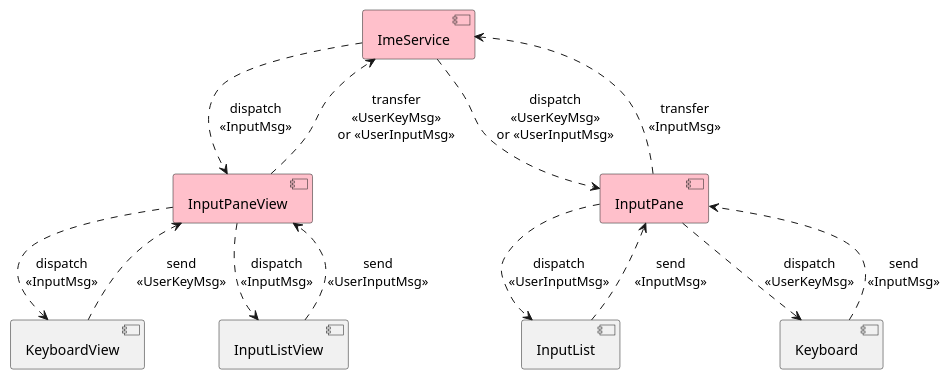
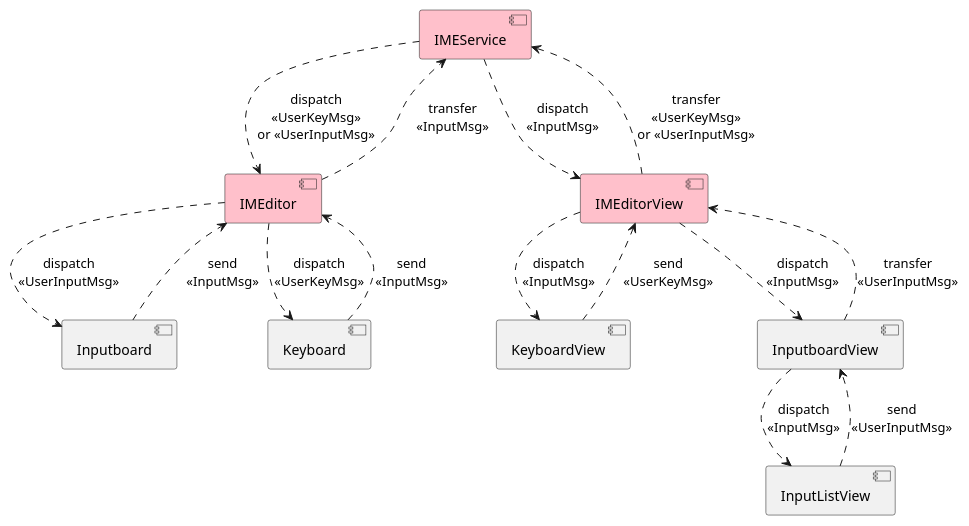
The second of 2 diagrams in README.md (crazydan-studio/kuaizi-ime-android), drawn with PlantUML before and after one commit. The commit also changed other lines of this file and 3 other files, not shown here.

````diff
--- a/README.md
+++ b/README.md
@@ -113,28 +137,34 @@
 ```plantuml
 @startuml
-component [ImeService] as ime_svc #pink
+component [IMEService] as ime_svc #pink
 
-component [InputPaneView] as input_pane_view #pink
+component [IMEditor] as ime_editor #pink
+component [Inputboard] as inputboard
+component [Keyboard] as keyboard
+
+component [IMEditorView] as ime_editor_view #pink
 component [KeyboardView] as keyboard_view
+component [InputboardView] as inputboard_view
 component [InputListView] as input_list_view
 
-component [InputPane] as input_pane #pink
-component [InputList] as input_list
-component [Keyboard] as keyboard
+input_list_view ..> inputboard_view: send\n<<UserInputMsg>>
+inputboard_view ..> ime_editor_view: transfer\n<<UserInputMsg>>
+keyboard_view ..> ime_editor_view: send\n<<UserKeyMsg>>
+ime_editor_view ..> ime_svc: transfer\n<<UserKeyMsg>>\nor <<UserInputMsg>>
 
-keyboard_view ..> input_pane_view: send\n<<UserKeyMsg>>
-input_list_view ..> input_pane_view: send\n<<UserInputMsg>>
-input_pane_view ..> ime_svc: transfer\n<<UserKeyMsg>>\nor <<UserInputMsg>>
-ime_svc ..> input_pane: dispatch\n<<UserKeyMsg>>\nor <<UserInputMsg>>
-input_pane ..> keyboard: dispatch\n<<UserKeyMsg>>
-input_pane ..> input_list: dispatch\n<<UserInputMsg>>
+ime_svc ..> ime_editor: dispatch\n<<UserKeyMsg>>\nor <<UserInputMsg>>
+ime_editor ..> keyboard: dispatch\n<<UserKeyMsg>>
+ime_editor ..> inputboard: dispatch\n<<UserInputMsg>>
 
-keyboard ..> input_pane: send\n<<InputMsg>>
-input_list ..> input_pane: send\n<<InputMsg>>
-input_pane ..> ime_svc: transfer\n<<InputMsg>>
-ime_svc ..> input_pane_view: dispatch\n<<InputMsg>>
-input_pane_view ..> keyboard_view: dispatch\n<<InputMsg>>
-input_pane_view ..> input_list_view: dispatch\n<<InputMsg>>
+
+keyboard ..> ime_editor: send\n<<InputMsg>>
+inputboard ..> ime_editor: send\n<<InputMsg>>
+ime_editor ..> ime_svc: transfer\n<<InputMsg>>
+
+ime_svc ..> ime_editor_view: dispatch\n<<InputMsg>>
+ime_editor_view ..> keyboard_view: dispatch\n<<InputMsg>>
+ime_editor_view ..> inputboard_view: dispatch\n<<InputMsg>>
+inputboard_view ..> input_list_view: dispatch\n<<InputMsg>>
 
 @enduml
 ```
````
